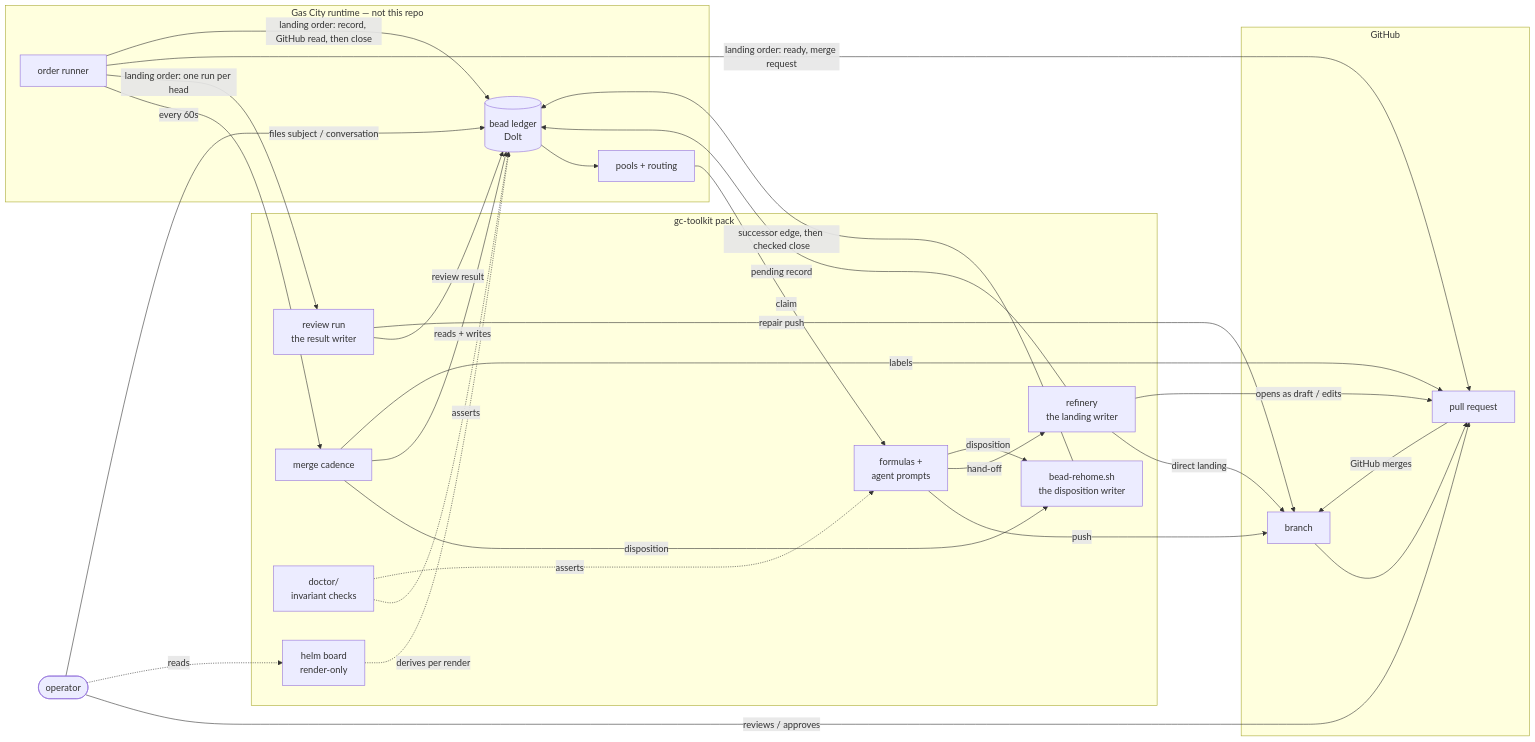
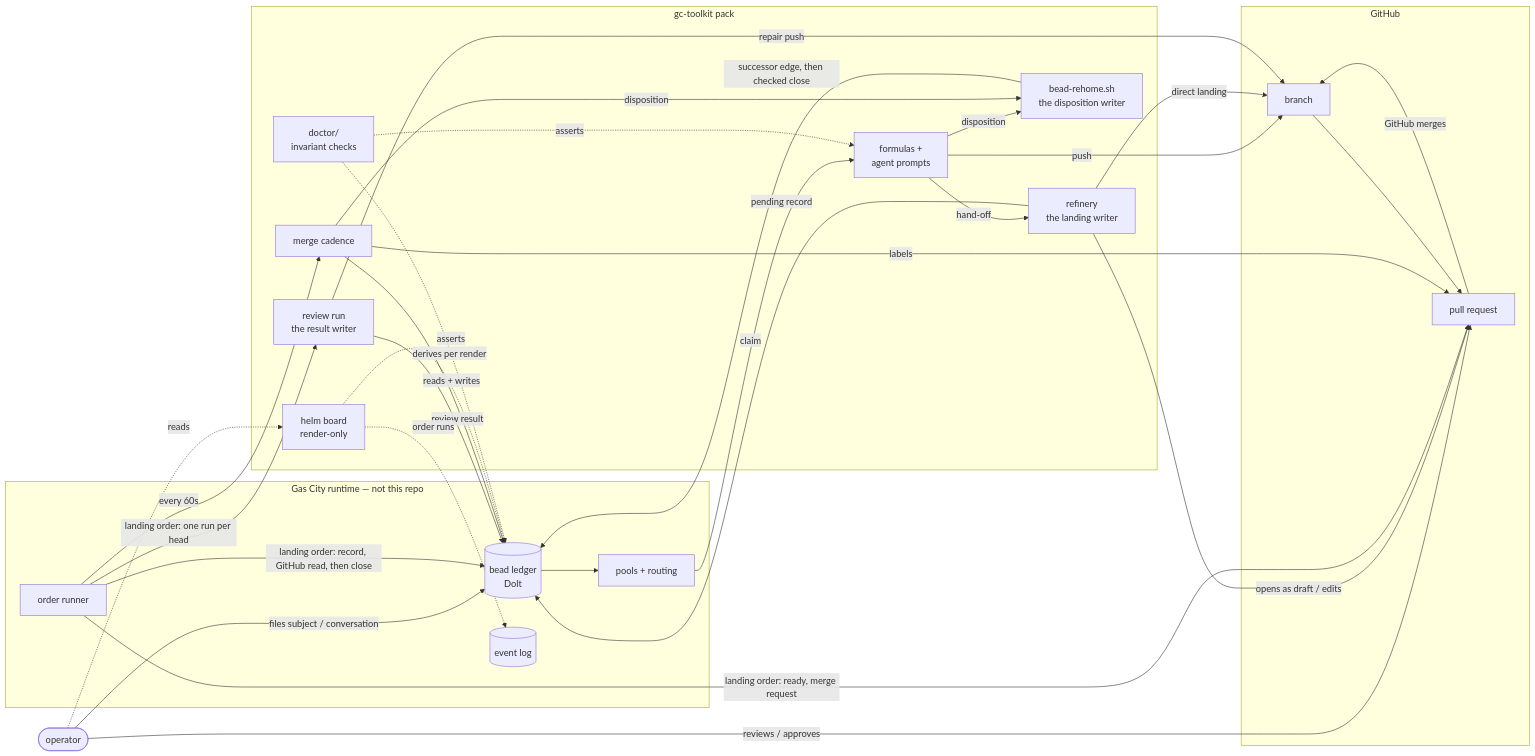
Before and after one commit to zookanalytics/gc-toolkit: the diagram in docs/architecture.md, drawn with Mermaid. The commit also changed other lines of this file and 88 other files, not shown here.

````diff
--- a/docs/architecture.md
+++ b/docs/architecture.md
@@ -40,49 +40,51 @@
 ```mermaid
 flowchart LR
   OP([operator])
   subgraph city["Gas City runtime — not this repo"]
     LEDGER[(bead ledger<br/>Dolt)]
+    EVT[(event log)]
     POOL[pools + routing]
     ORD[order runner]
   end
   subgraph pack["gc-toolkit pack"]
     FORM[formulas +<br/>agent prompts]
     REF[refinery<br/>the landing writer]
     DISP[bead-rehome.sh<br/>the disposition writer]
     CAD[merge cadence]
     RUN[review run<br/>the result writer]
     DOC[doctor/<br/>invariant checks]
     HELM[helm board<br/>render-only]
   end
   subgraph git["GitHub"]
     BR[branch]
     PR[pull request]
   end
 
   OP -->|files subject / conversation| LEDGER
   OP -->|reviews / approves| PR
   OP -.->|reads| HELM
   LEDGER --> POOL
   POOL -->|claim| FORM
   FORM -->|push| BR
   FORM -->|hand-off| REF
   REF -->|direct landing| BR
   REF -->|opens as draft / edits| PR
   REF -->|pending record| LEDGER
   FORM -->|disposition| DISP
   CAD -->|disposition| DISP
   DISP -->|successor edge, then checked close| LEDGER
   RUN -->|review result| LEDGER
   RUN -->|repair push| BR
   ORD -->|every 60s| CAD
   ORD -->|landing order: one run per head| RUN
   ORD -->|landing order: ready, merge request| PR
   ORD -->|landing order: record, GitHub read, then close| LEDGER
   CAD -->|reads + writes| LEDGER
   CAD -->|labels| PR
   BR --> PR
   PR -->|GitHub merges| BR
   HELM -.->|derives per render| LEDGER
+  HELM -.->|order runs| EVT
   DOC -.->|asserts| LEDGER
   DOC -.->|asserts| FORM
 ```
````
